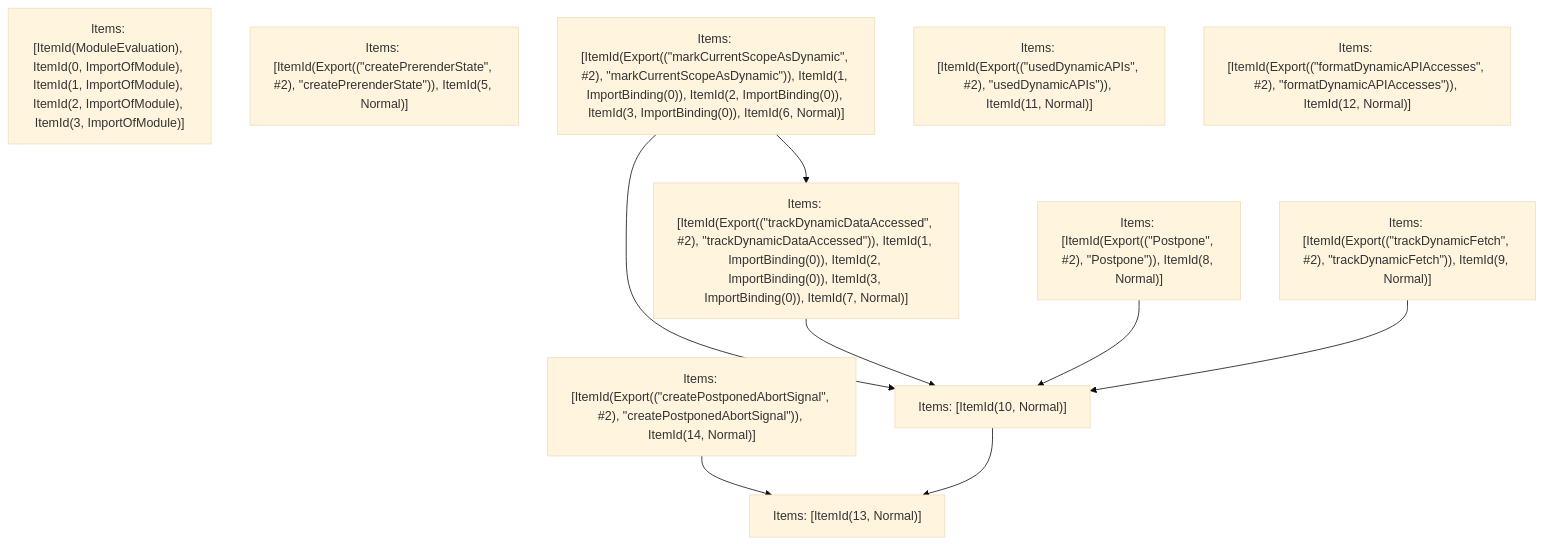
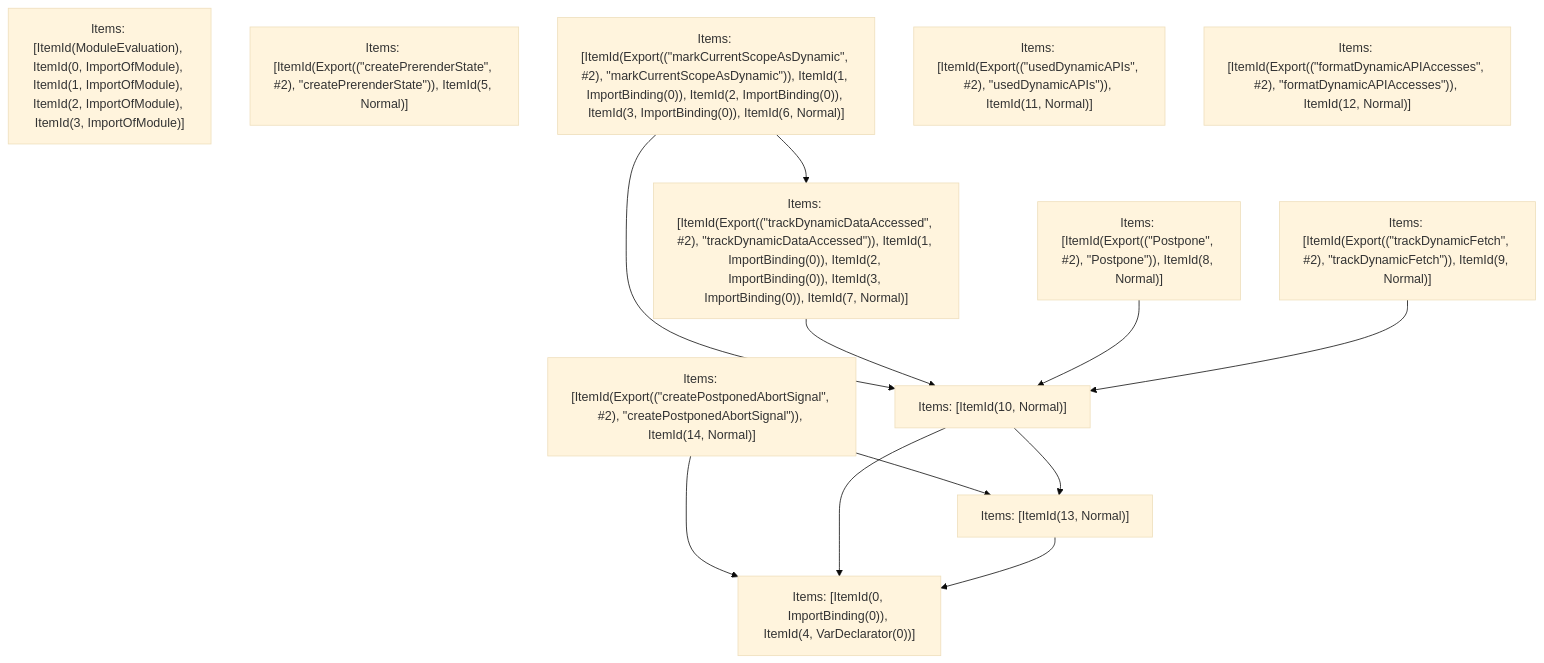
Before and after one commit to vercel/turborepo: the fifth of 5 diagrams in crates/turbopack-ecmascript/tests/tree-shaker/analyzer/failed-2/output.md, drawn with Mermaid (base theme). The commit also changed other lines of this file and 20 other files, not shown here.

````diff
--- a/crates/turbopack-ecmascript/tests/tree-shaker/analyzer/failed-2/output.md
+++ b/crates/turbopack-ecmascript/tests/tree-shaker/analyzer/failed-2/output.md
@@ -529,21 +532,25 @@
 ```mermaid
 graph TD
     N0["Items: [ItemId(ModuleEvaluation), ItemId(0, ImportOfModule), ItemId(1, ImportOfModule), ItemId(2, ImportOfModule), ItemId(3, ImportOfModule)]"];
     N1["Items: [ItemId(Export((&quot;createPrerenderState&quot;, #2), &quot;createPrerenderState&quot;)), ItemId(5, Normal)]"];
     N2["Items: [ItemId(Export((&quot;markCurrentScopeAsDynamic&quot;, #2), &quot;markCurrentScopeAsDynamic&quot;)), ItemId(1, ImportBinding(0)), ItemId(2, ImportBinding(0)), ItemId(3, ImportBinding(0)), ItemId(6, Normal)]"];
     N3["Items: [ItemId(Export((&quot;trackDynamicDataAccessed&quot;, #2), &quot;trackDynamicDataAccessed&quot;)), ItemId(1, ImportBinding(0)), ItemId(2, ImportBinding(0)), ItemId(3, ImportBinding(0)), ItemId(7, Normal)]"];
     N4["Items: [ItemId(Export((&quot;Postpone&quot;, #2), &quot;Postpone&quot;)), ItemId(8, Normal)]"];
     N5["Items: [ItemId(Export((&quot;trackDynamicFetch&quot;, #2), &quot;trackDynamicFetch&quot;)), ItemId(9, Normal)]"];
     N6["Items: [ItemId(Export((&quot;usedDynamicAPIs&quot;, #2), &quot;usedDynamicAPIs&quot;)), ItemId(11, Normal)]"];
     N7["Items: [ItemId(Export((&quot;formatDynamicAPIAccesses&quot;, #2), &quot;formatDynamicAPIAccesses&quot;)), ItemId(12, Normal)]"];
     N8["Items: [ItemId(Export((&quot;createPostponedAbortSignal&quot;, #2), &quot;createPostponedAbortSignal&quot;)), ItemId(14, Normal)]"];
-    N9["Items: [ItemId(10, Normal)]"];
-    N10["Items: [ItemId(13, Normal)]"];
+    N9["Items: [ItemId(0, ImportBinding(0)), ItemId(4, VarDeclarator(0))]"];
+    N10["Items: [ItemId(10, Normal)]"];
+    N11["Items: [ItemId(13, Normal)]"];
     N2 --> N3;
-    N2 --> N9;
-    N3 --> N9;
-    N4 --> N9;
-    N5 --> N9;
-    N8 --> N10;
-    N9 --> N10;
+    N2 --> N10;
+    N3 --> N10;
+    N4 --> N10;
+    N5 --> N10;
+    N8 --> N11;
+    N8 --> N9;
+    N10 --> N11;
+    N10 --> N9;
+    N11 --> N9;
 ```
````
